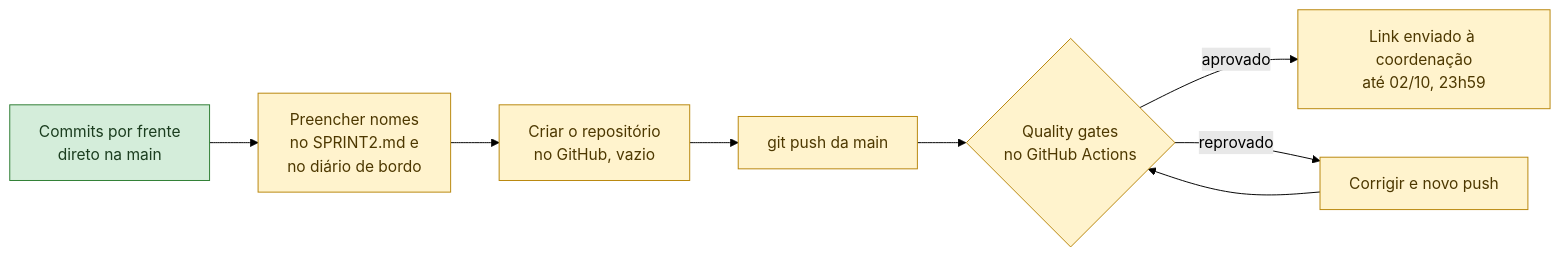
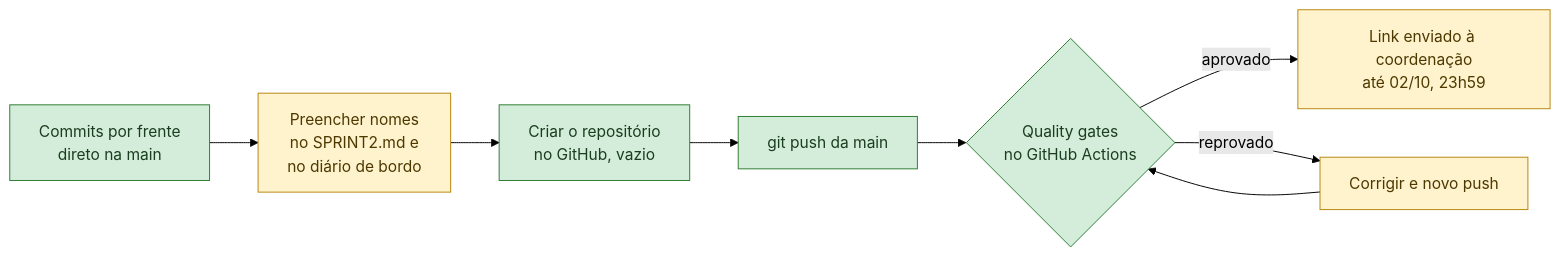
The second of 2 diagrams in docs/parte4/README.md (guilhermercmoraes-tech/PI2_Sprint2-Grupo-1-UFT), drawn with Mermaid (forest theme) before and after one commit. The commit also changed other lines of this file and 7 other files, not shown here.

````diff
--- a/docs/parte4/README.md
+++ b/docs/parte4/README.md
@@ -45,14 +45,14 @@
 ```mermaid
 flowchart LR
     B[Commits por frente<br/>direto na main] --> A[Preencher nomes<br/>no SPRINT2.md e<br/>no diário de bordo]
     A --> C[Criar o repositório<br/>no GitHub, vazio]
     C --> D[git push da main]
     D --> E{Quality gates<br/>no GitHub Actions}
     E -- aprovado --> F[Link enviado à coordenação<br/>até 02/10, 23h59]
     E -- reprovado --> G[Corrigir e novo push] --> E
 
     classDef feito fill:#d4edda,stroke:#2e7d32,color:#1b3d1f
     classDef pend fill:#fff3cd,stroke:#b8860b,color:#4d3800
-    class B feito
-    class A,C,D,E,F,G pend
+    class B,C,D,E feito
+    class A,F,G pend
 ```
````
